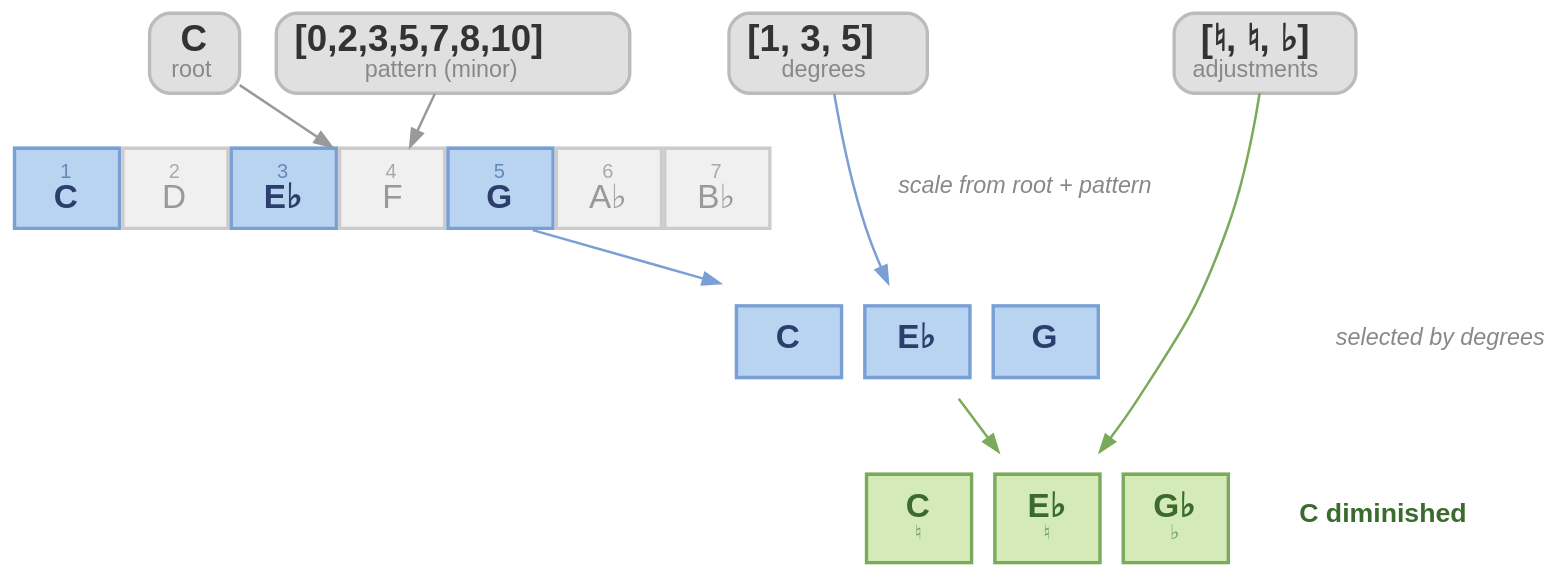
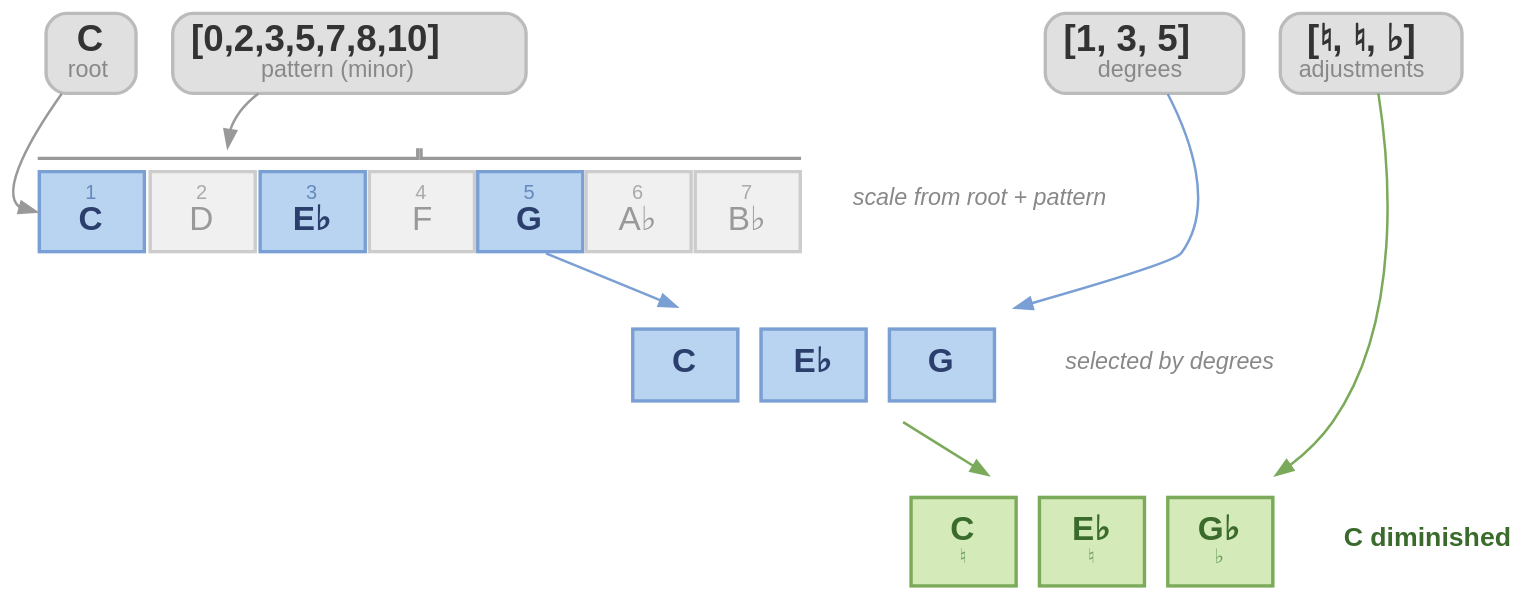
The diagram in chord_formation.dot (vasilescur/jazz-engine), drawn with Graphviz before and after one commit. The commit also changed 3 other files, not shown here.

Commit message:
Root arrow targets C note, pattern arrow targets brace over scale

```diff
--- a/chord_formation.dot
+++ b/chord_formation.dot
@@ -1,122 +1,134 @@
 digraph chord_formation {
     rankdir=TB
     bgcolor="transparent"
     pad=0.4
     nodesep=0.3
     ranksep=0.45
 
     node [fontname="Helvetica"]
     edge [fontname="Helvetica"]
 
     // --- Row 1: Input fields ---
     root [
         label=<<FONT POINT-SIZE="22" COLOR="#333333"><B>C</B></FONT><BR/><FONT POINT-SIZE="14" COLOR="#888888">root</FONT>>
         shape=box style="filled,rounded"
         fillcolor="#e0e0e0" color="#bbbbbb"
         penwidth=2 margin="0.15,0.08"
     ]
 
     pattern [
         label=<<FONT POINT-SIZE="22" COLOR="#333333"><B>[0,2,3,5,7,8,10]</B></FONT><BR/><FONT POINT-SIZE="14" COLOR="#888888">pattern (minor)</FONT>>
         shape=box style="filled,rounded"
         fillcolor="#e0e0e0" color="#bbbbbb"
         penwidth=2 margin="0.15,0.08"
     ]
 
     degrees [
         label=<<FONT POINT-SIZE="22" COLOR="#333333"><B>[1, 3, 5]</B></FONT><BR/><FONT POINT-SIZE="14" COLOR="#888888">degrees</FONT>>
         shape=box style="filled,rounded"
         fillcolor="#e0e0e0" color="#bbbbbb"
         penwidth=2 margin="0.15,0.08"
     ]
 
     adjustments [
         label=<<FONT POINT-SIZE="22" COLOR="#333333"><B>[♮, ♮, ♭]</B></FONT><BR/><FONT POINT-SIZE="14" COLOR="#888888">adjustments</FONT>>
         shape=box style="filled,rounded"
         fillcolor="#e0e0e0" color="#bbbbbb"
         penwidth=2 margin="0.15,0.08"
     ]
 
-    { rank=same; root; pattern; degrees; adjustments; }
+    // Force left-to-right ordering in top row
+    { rank=same; root -> pattern -> degrees -> adjustments [style=invis]; }
 
-    // --- Row 2: Generated scale ---
+    // --- Row 2: Generated scale with brace above ---
     scale [
         shape=none margin=0
         label=<
-        <TABLE BORDER="0" CELLBORDER="2" CELLSPACING="0" CELLPADDING="8">
+        <TABLE BORDER="0" CELLBORDER="0" CELLSPACING="0" CELLPADDING="0">
         <TR>
-            <TD WIDTH="65" HEIGHT="50" FIXEDSIZE="TRUE" BGCOLOR="#b8d4f0" COLOR="#7a9fd4"><FONT POINT-SIZE="12" COLOR="#6688bb">1</FONT><BR/><FONT POINT-SIZE="20" COLOR="#2c3e6b"><B>C</B></FONT></TD>
-            <TD WIDTH="65" HEIGHT="50" FIXEDSIZE="TRUE" BGCOLOR="#f0f0f0" COLOR="#cccccc"><FONT POINT-SIZE="12" COLOR="#aaaaaa">2</FONT><BR/><FONT POINT-SIZE="20" COLOR="#999999">D</FONT></TD>
-            <TD WIDTH="65" HEIGHT="50" FIXEDSIZE="TRUE" BGCOLOR="#b8d4f0" COLOR="#7a9fd4"><FONT POINT-SIZE="12" COLOR="#6688bb">3</FONT><BR/><FONT POINT-SIZE="20" COLOR="#2c3e6b"><B>E♭</B></FONT></TD>
-            <TD WIDTH="65" HEIGHT="50" FIXEDSIZE="TRUE" BGCOLOR="#f0f0f0" COLOR="#cccccc"><FONT POINT-SIZE="12" COLOR="#aaaaaa">4</FONT><BR/><FONT POINT-SIZE="20" COLOR="#999999">F</FONT></TD>
-            <TD WIDTH="65" HEIGHT="50" FIXEDSIZE="TRUE" BGCOLOR="#b8d4f0" COLOR="#7a9fd4"><FONT POINT-SIZE="12" COLOR="#6688bb">5</FONT><BR/><FONT POINT-SIZE="20" COLOR="#2c3e6b"><B>G</B></FONT></TD>
-            <TD WIDTH="65" HEIGHT="50" FIXEDSIZE="TRUE" BGCOLOR="#f0f0f0" COLOR="#cccccc"><FONT POINT-SIZE="12" COLOR="#aaaaaa">6</FONT><BR/><FONT POINT-SIZE="20" COLOR="#999999">A♭</FONT></TD>
-            <TD WIDTH="65" HEIGHT="50" FIXEDSIZE="TRUE" BGCOLOR="#f0f0f0" COLOR="#cccccc"><FONT POINT-SIZE="12" COLOR="#aaaaaa">7</FONT><BR/><FONT POINT-SIZE="20" COLOR="#999999">B♭</FONT></TD>
+            <TD COLSPAN="7">
+                <TABLE BORDER="0" CELLBORDER="0" CELLSPACING="0" CELLPADDING="0">
+                <TR>
+                    <TD PORT="brace" WIDTH="230" HEIGHT="8" SIDES="RB" BORDER="2" COLOR="#999999"></TD>
+                    <TD WIDTH="230" HEIGHT="8" SIDES="LB" BORDER="2" COLOR="#999999"></TD>
+                </TR>
+                </TABLE>
+            </TD>
+        </TR>
+        <TR><TD COLSPAN="7" HEIGHT="6"></TD></TR>
+        <TR>
+            <TD PORT="c" WIDTH="65" HEIGHT="50" FIXEDSIZE="TRUE" BGCOLOR="#b8d4f0" BORDER="2" COLOR="#7a9fd4"><FONT POINT-SIZE="12" COLOR="#6688bb">1</FONT><BR/><FONT POINT-SIZE="20" COLOR="#2c3e6b"><B>C</B></FONT></TD>
+            <TD WIDTH="65" HEIGHT="50" FIXEDSIZE="TRUE" BGCOLOR="#f0f0f0" BORDER="2" COLOR="#cccccc"><FONT POINT-SIZE="12" COLOR="#aaaaaa">2</FONT><BR/><FONT POINT-SIZE="20" COLOR="#999999">D</FONT></TD>
+            <TD WIDTH="65" HEIGHT="50" FIXEDSIZE="TRUE" BGCOLOR="#b8d4f0" BORDER="2" COLOR="#7a9fd4"><FONT POINT-SIZE="12" COLOR="#6688bb">3</FONT><BR/><FONT POINT-SIZE="20" COLOR="#2c3e6b"><B>E♭</B></FONT></TD>
+            <TD WIDTH="65" HEIGHT="50" FIXEDSIZE="TRUE" BGCOLOR="#f0f0f0" BORDER="2" COLOR="#cccccc"><FONT POINT-SIZE="12" COLOR="#aaaaaa">4</FONT><BR/><FONT POINT-SIZE="20" COLOR="#999999">F</FONT></TD>
+            <TD WIDTH="65" HEIGHT="50" FIXEDSIZE="TRUE" BGCOLOR="#b8d4f0" BORDER="2" COLOR="#7a9fd4"><FONT POINT-SIZE="12" COLOR="#6688bb">5</FONT><BR/><FONT POINT-SIZE="20" COLOR="#2c3e6b"><B>G</B></FONT></TD>
+            <TD WIDTH="65" HEIGHT="50" FIXEDSIZE="TRUE" BGCOLOR="#f0f0f0" BORDER="2" COLOR="#cccccc"><FONT POINT-SIZE="12" COLOR="#aaaaaa">6</FONT><BR/><FONT POINT-SIZE="20" COLOR="#999999">A♭</FONT></TD>
+            <TD WIDTH="65" HEIGHT="50" FIXEDSIZE="TRUE" BGCOLOR="#f0f0f0" BORDER="2" COLOR="#cccccc"><FONT POINT-SIZE="12" COLOR="#aaaaaa">7</FONT><BR/><FONT POINT-SIZE="20" COLOR="#999999">B♭</FONT></TD>
         </TR>
         </TABLE>
         >
     ]
 
     scale_label [
         label=<<FONT POINT-SIZE="14" COLOR="#888888"><I>scale from root + pattern</I></FONT>>
         shape=plaintext
     ]
 
     // --- Row 3: Selected notes before adjustment ---
     selected [
         shape=none margin=0
         label=<
         <TABLE BORDER="0" CELLBORDER="2" CELLSPACING="12" CELLPADDING="8">
         <TR>
             <TD WIDTH="65" HEIGHT="45" FIXEDSIZE="TRUE" BGCOLOR="#b8d4f0" COLOR="#7a9fd4"><FONT POINT-SIZE="20" COLOR="#2c3e6b"><B>C</B></FONT></TD>
             <TD WIDTH="65" HEIGHT="45" FIXEDSIZE="TRUE" BGCOLOR="#b8d4f0" COLOR="#7a9fd4"><FONT POINT-SIZE="20" COLOR="#2c3e6b"><B>E♭</B></FONT></TD>
             <TD WIDTH="65" HEIGHT="45" FIXEDSIZE="TRUE" BGCOLOR="#b8d4f0" COLOR="#7a9fd4"><FONT POINT-SIZE="20" COLOR="#2c3e6b"><B>G</B></FONT></TD>
         </TR>
         </TABLE>
         >
     ]
 
     selected_label [
         label=<<FONT POINT-SIZE="14" COLOR="#888888"><I>selected by degrees</I></FONT>>
         shape=plaintext
     ]
 
     // --- Row 4: Final chord notes ---
     result [
         shape=none margin=0
         label=<
         <TABLE BORDER="0" CELLBORDER="2" CELLSPACING="12" CELLPADDING="8" STYLE="rounded">
         <TR>
             <TD WIDTH="65" HEIGHT="55" FIXEDSIZE="TRUE" BGCOLOR="#d4eab8" COLOR="#7aaa5a"><FONT POINT-SIZE="20" COLOR="#3a6b2c"><B>C</B></FONT><BR/><FONT POINT-SIZE="12" COLOR="#6a9b5a">♮</FONT></TD>
             <TD WIDTH="65" HEIGHT="55" FIXEDSIZE="TRUE" BGCOLOR="#d4eab8" COLOR="#7aaa5a"><FONT POINT-SIZE="20" COLOR="#3a6b2c"><B>E♭</B></FONT><BR/><FONT POINT-SIZE="12" COLOR="#6a9b5a">♮</FONT></TD>
             <TD WIDTH="65" HEIGHT="55" FIXEDSIZE="TRUE" BGCOLOR="#d4eab8" COLOR="#7aaa5a"><FONT POINT-SIZE="20" COLOR="#3a6b2c"><B>G♭</B></FONT><BR/><FONT POINT-SIZE="12" COLOR="#6a9b5a">♭</FONT></TD>
         </TR>
         </TABLE>
         >
     ]
 
     result_label [
         label=<<FONT POINT-SIZE="16" COLOR="#3a6b2c"><B>C diminished</B></FONT>>
         shape=plaintext
     ]
 
     // --- Edges ---
-    root -> scale [color="#999999" penwidth=1.5]
-    pattern -> scale [color="#999999" penwidth=1.5]
+    root -> scale:c [color="#999999" penwidth=1.5]
+    pattern -> scale:brace [color="#999999" penwidth=1.5]
 
     degrees -> selected [color="#7a9fd4" penwidth=1.5]
     scale -> selected [color="#7a9fd4" penwidth=1.5]
 
     adjustments -> result [color="#7aaa5a" penwidth=1.5]
     selected -> result [color="#7aaa5a" penwidth=1.5]
 
     // --- Labels positioned beside their rows ---
     { rank=same; scale; scale_label; }
     { rank=same; selected; selected_label; }
     { rank=same; result; result_label; }
 
     // Invisible edges for label positioning
     scale -> scale_label [style=invis]
     selected -> selected_label [style=invis]
     result -> result_label [style=invis]
 }
```
